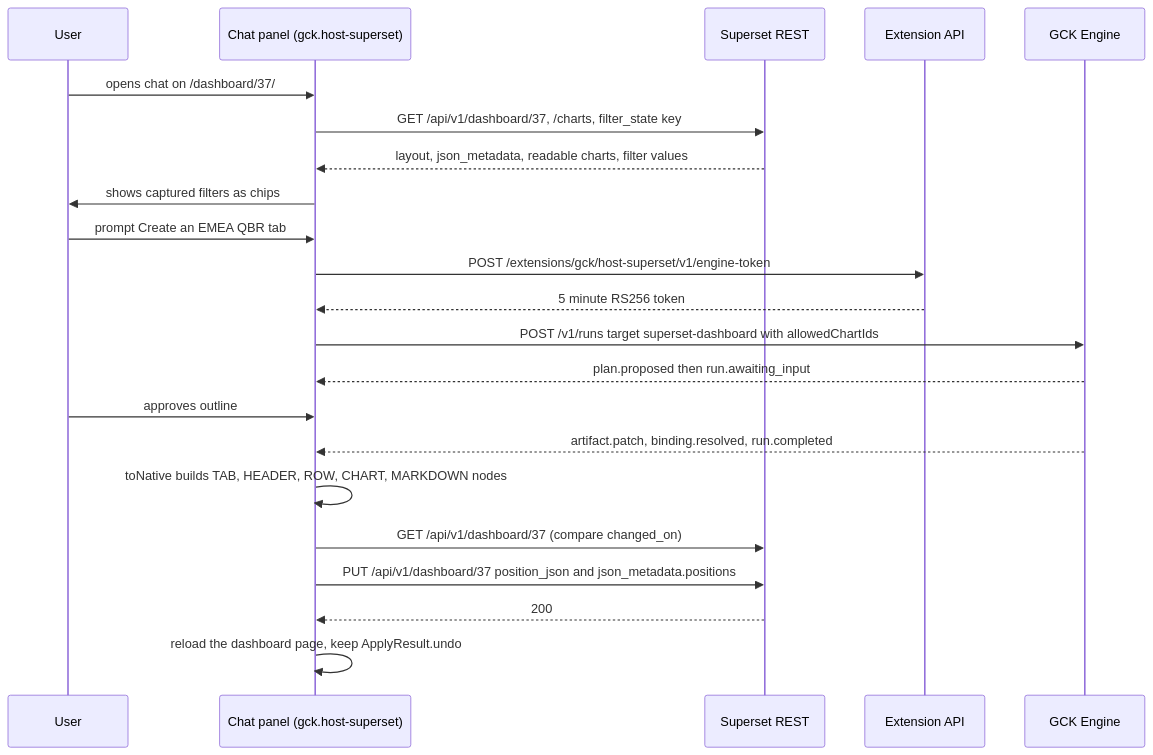
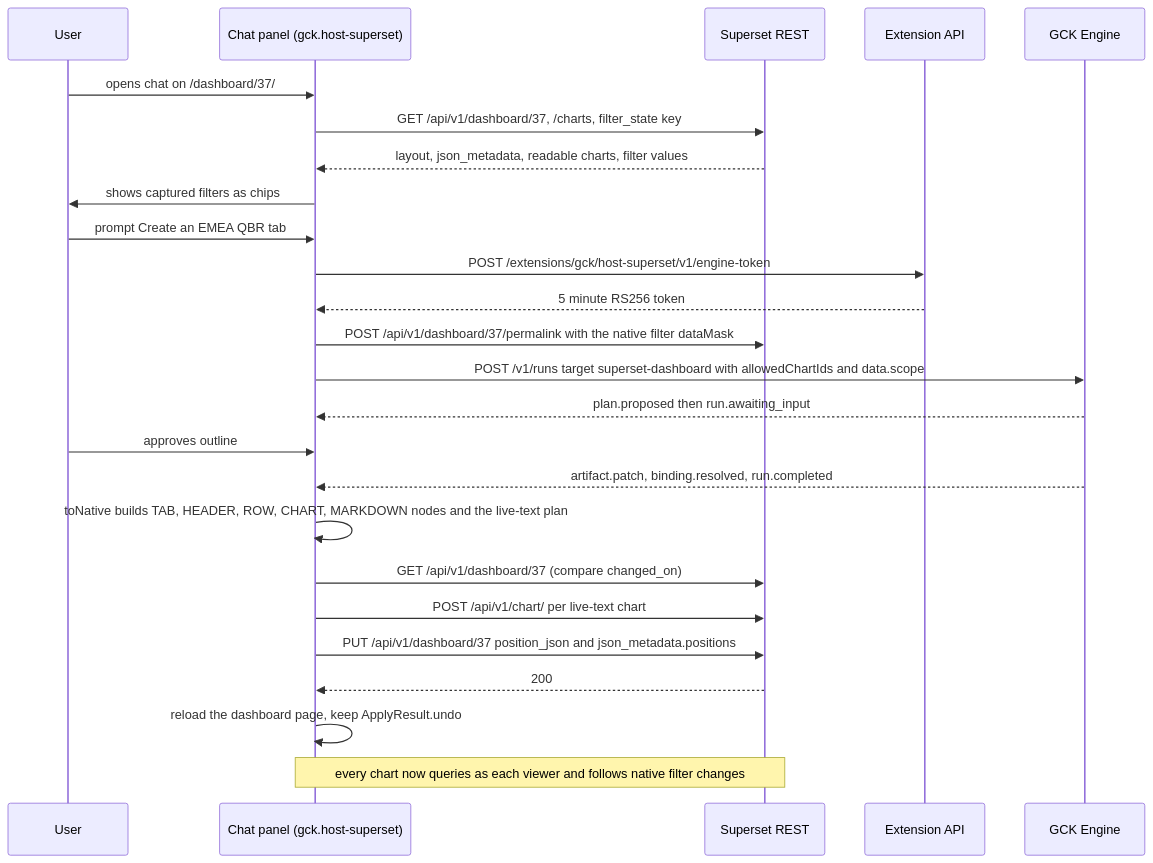
The fifth of 5 diagrams in tutorial/content/ai-component/65-host-integrations.md (debnathSD/presenton-os), drawn with Mermaid before and after one commit. The commit also changed other lines of this file and 12 other files, not shown here.

First line of the commit message:
docs: make every GCK target use live Superset data

````diff
--- a/tutorial/content/ai-component/65-host-integrations.md
+++ b/tutorial/content/ai-component/65-host-integrations.md
@@ -2332,24 +2769,27 @@
 ```mermaid
 sequenceDiagram
     participant U as User
     participant P as Chat panel (gck.host-superset)
     participant S as Superset REST
     participant X as Extension API
     participant G as GCK Engine
     U->>P: opens chat on /dashboard/37/
     P->>S: GET /api/v1/dashboard/37, /charts, filter_state key
     S-->>P: layout, json_metadata, readable charts, filter values
     P->>U: shows captured filters as chips
     U->>P: prompt Create an EMEA QBR tab
     P->>X: POST /extensions/gck/host-superset/v1/engine-token
     X-->>P: 5 minute RS256 token
-    P->>G: POST /v1/runs target superset-dashboard with allowedChartIds
+    P->>S: POST /api/v1/dashboard/37/permalink with the native filter dataMask
+    P->>G: POST /v1/runs target superset-dashboard with allowedChartIds and data.scope
     G-->>P: plan.proposed then run.awaiting_input
     U->>P: approves outline
     G-->>P: artifact.patch, binding.resolved, run.completed
-    P->>P: toNative builds TAB, HEADER, ROW, CHART, MARKDOWN nodes
+    P->>P: toNative builds TAB, HEADER, ROW, CHART, MARKDOWN nodes and the live-text plan
     P->>S: GET /api/v1/dashboard/37 (compare changed_on)
+    P->>S: POST /api/v1/chart/ per live-text chart
     P->>S: PUT /api/v1/dashboard/37 position_json and json_metadata.positions
     S-->>P: 200
     P->>P: reload the dashboard page, keep ApplyResult.undo
+    Note over P,S: every chart now queries as each viewer and follows native filter changes
 ```
````
